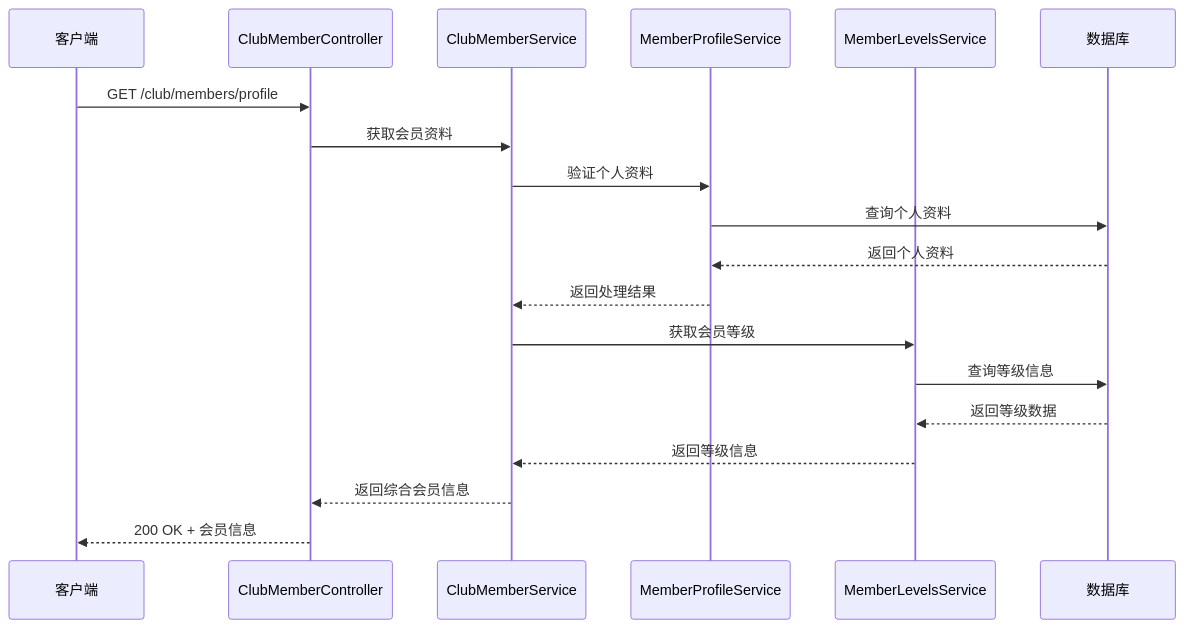
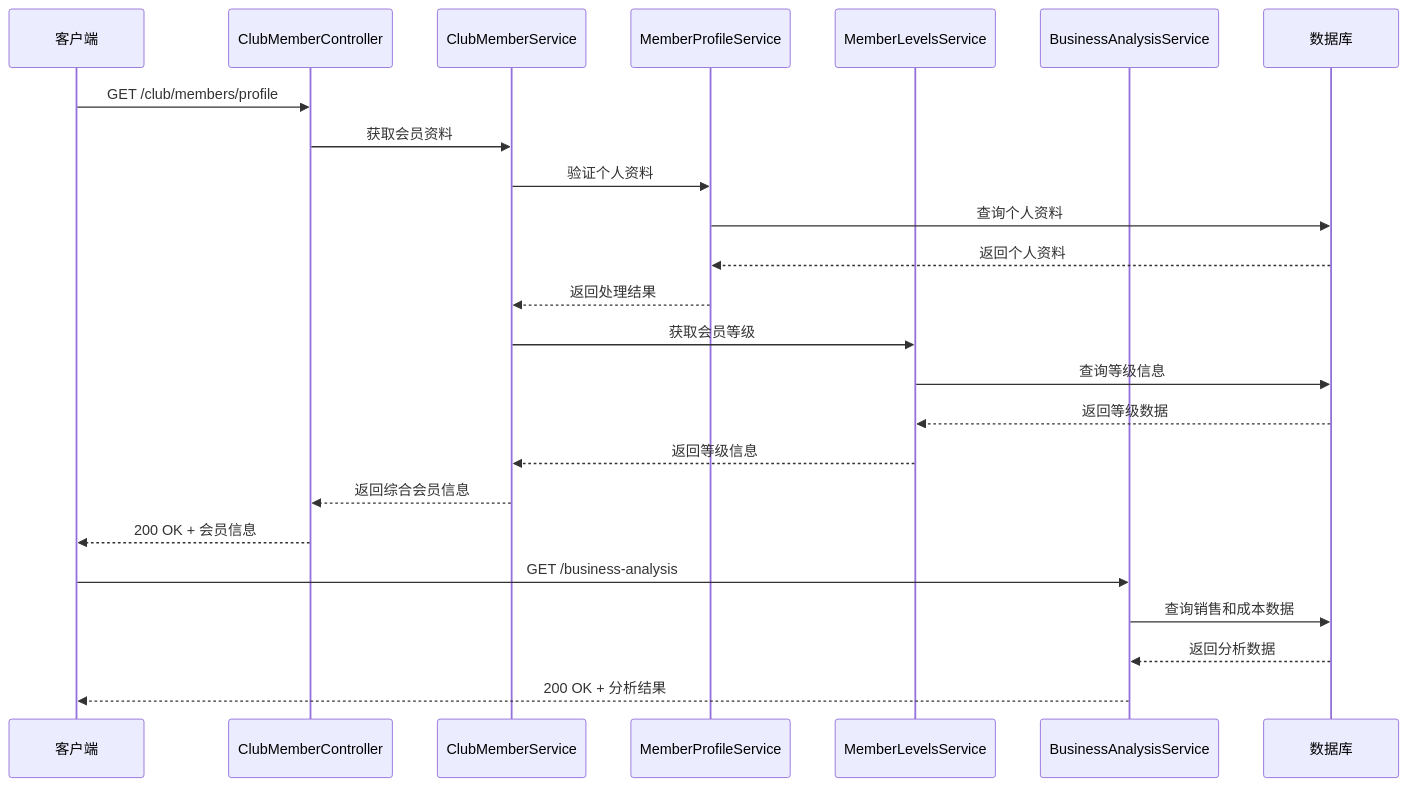
One commit to rc558620/purelyprofit-server changed the third of 17 diagrams in .qoder/repowiki/zh/content/业务模块/会员管理模块/会员管理模块.md. Above: the diagram before and after it, drawn with Mermaid. The commit also changed other lines of this file and 16 other files, not shown here.

````diff
--- a/.qoder/repowiki/zh/content/业务模块/会员管理模块/会员管理模块.md
+++ b/.qoder/repowiki/zh/content/业务模块/会员管理模块/会员管理模块.md
@@ -262,21 +334,26 @@
 ```mermaid
 sequenceDiagram
 participant Client as 客户端
 participant Controller1 as ClubMemberController
 participant Service1 as ClubMemberService
 participant Profile as MemberProfileService
 participant Level as MemberLevelsService
+participant Analysis as BusinessAnalysisService
 participant DB as 数据库
 Client->>Controller1 : GET /club/members/profile
 Controller1->>Service1 : 获取会员资料
 Service1->>Profile : 验证个人资料
 Profile->>DB : 查询个人资料
 DB-->>Profile : 返回个人资料
 Profile-->>Service1 : 返回处理结果
 Service1->>Level : 获取会员等级
 Level->>DB : 查询等级信息
 DB-->>Level : 返回等级数据
 Level-->>Service1 : 返回等级信息
 Service1-->>Controller1 : 返回综合会员信息
 Controller1-->>Client : 200 OK + 会员信息
+Client->>Analysis : GET /business-analysis
+Analysis->>DB : 查询销售和成本数据
+DB-->>Analysis : 返回分析数据
+Analysis-->>Client : 200 OK + 分析结果
 ```
````
